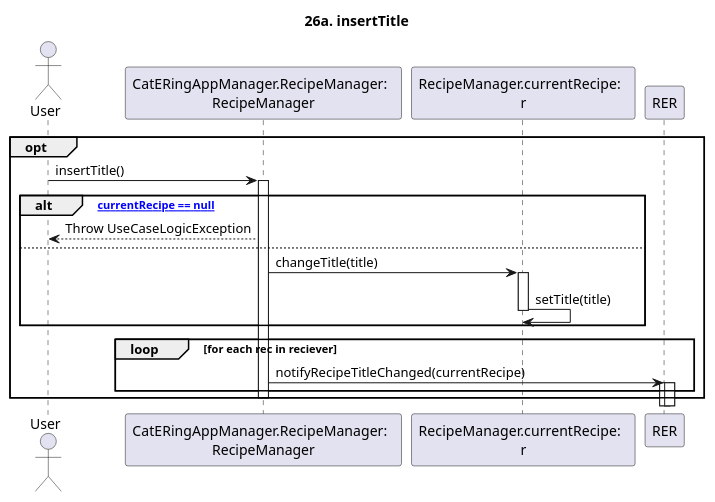
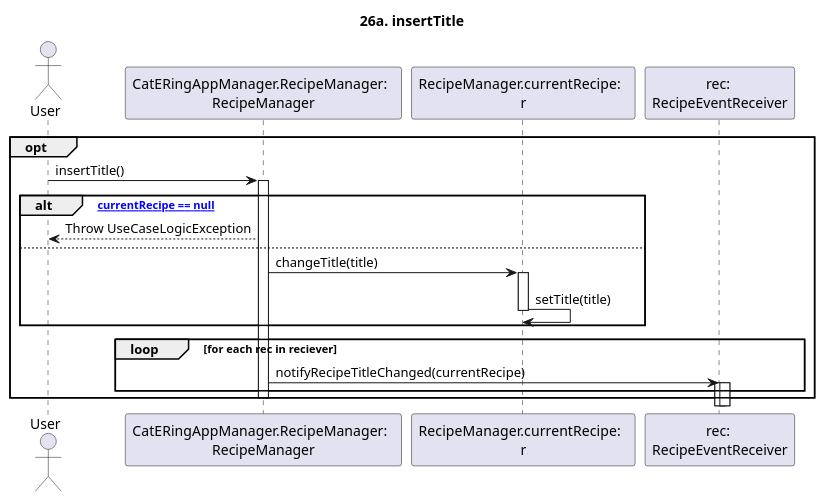
The diagram in dsd/dsd-ricette/estensioni/926a-insertTitle.md (m0canu1/sas), drawn with PlantUML before and after one commit. The commit also changed 2 other files, not shown here.

Commit message:
altre cose

````diff
--- a/dsd/dsd-ricette/estensioni/926a-insertTitle.md
+++ b/dsd/dsd-ricette/estensioni/926a-insertTitle.md
@@ -1,27 +1,28 @@
 ```plantuml
 
 title: 26a. insertTitle
 
 Actor User
 Participant "CatERingAppManager.RecipeManager:  \nRecipeManager" as RM
 Participant "RecipeManager.currentRecipe:  \nr" as CR
+Participant "rec: \nRecipeEventReceiver" as RER
 
 opt
 	User -> RM: insertTitle()
 	Activate RM
 	alt ["currentRecipe == null"]
 		RM --> User: Throw UseCaseLogicException
-	else 
+	else
 		RM -> CR: changeTitle(title)
 		Activate CR
 		CR -> CR: setTitle(title)
 		Deactivate CR
 	end
 	loop for each rec in reciever
 		RM -> RER: notifyRecipeTitleChanged(currentRecipe)
 		activate RER
 		activate RER
 	end
 	Deactivate RM
 end
 ```
````
